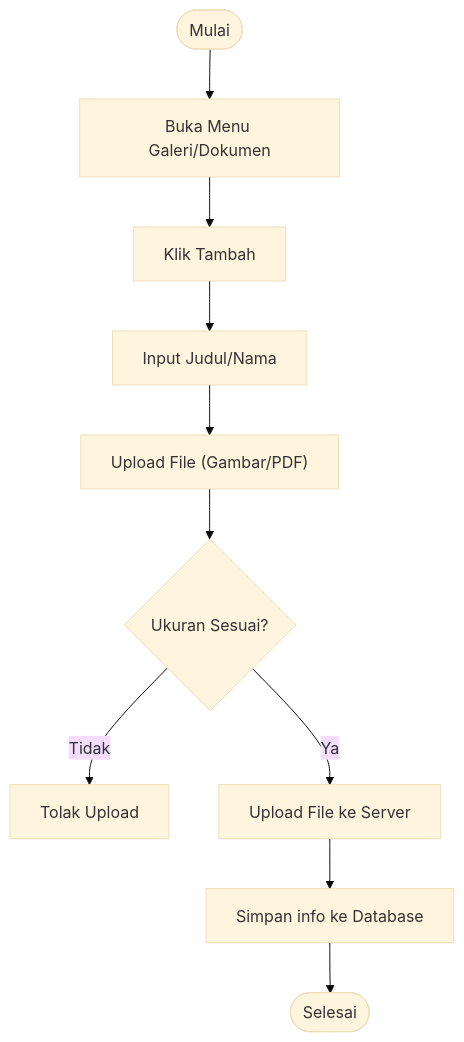
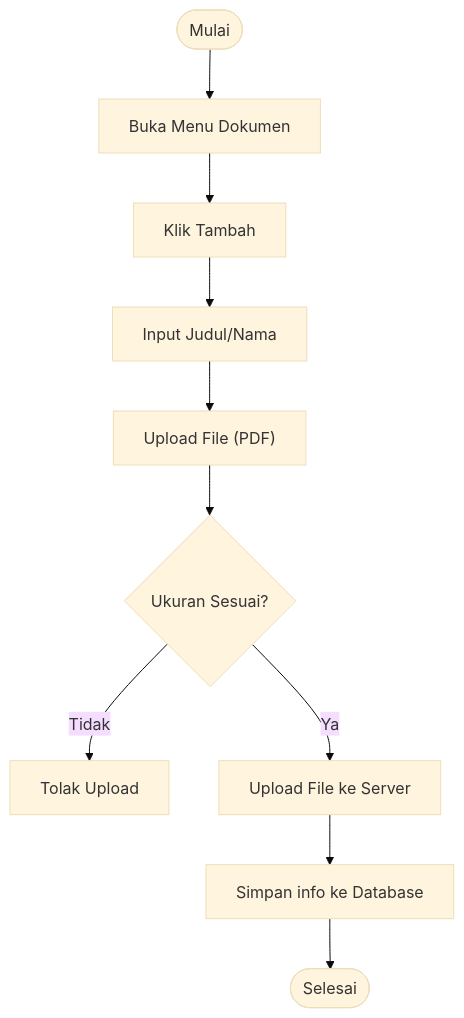
The seventh of 7 diagrams in docs/activity_diagram_admin.md (arbain-dev/Web_fikom), drawn with Mermaid (base theme) before and after one commit. The commit also changed other lines of this file and 5 other files, not shown here.

Commit message:
feat: hpus menu galeri & update dokumentasi activity diagram

````diff
--- a/docs/activity_diagram_admin.md
+++ b/docs/activity_diagram_admin.md
@@ -215,13 +207,13 @@
 ```mermaid
 flowchart TD
-    Start(["Mulai"]) --> A["Buka Menu Galeri/Dokumen"]
+    Start(["Mulai"]) --> A["Buka Menu Dokumen"]
     A --> B["Klik Tambah"]
     B --> C["Input Judul/Nama"]
-    C --> D["Upload File (Gambar/PDF)"]
+    C --> D["Upload File (PDF)"]
     D --> E{"Ukuran Sesuai?"}
     
     E -- Tidak --> F["Tolak Upload"]
     E -- Ya --> G["Upload File ke Server"]
     G --> H["Simpan info ke Database"]
     H --> End(["Selesai"])
 ```
````
